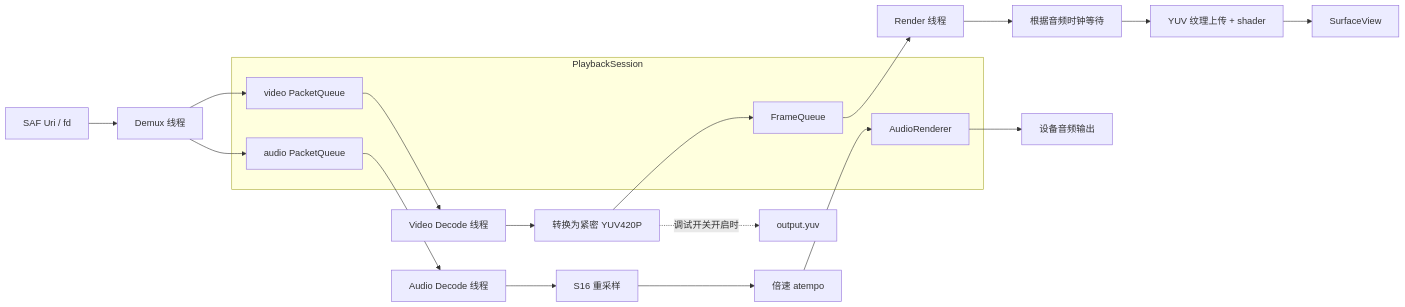
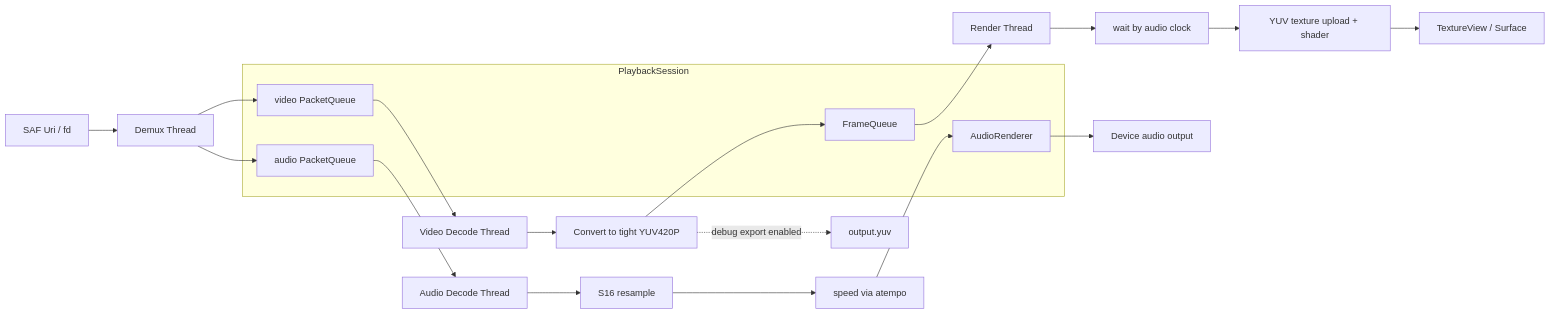
Before and after one commit to Skyline7190/VideoDecoder: the second of 6 diagrams in README.md, drawn with Mermaid. The commit also changed other lines of this file and 21 other files, not shown here.

````diff
--- a/README.md
+++ b/README.md
@@ -185,31 +208,31 @@
 ```mermaid
 flowchart LR
-    Input["SAF Uri / fd"] --> DemuxThread["Demux 线程"]
+    Input["SAF Uri / fd"] --> DemuxThread["Demux Thread"]
 
     subgraph Session["PlaybackSession"]
         VideoPackets["video PacketQueue"]
         AudioPackets["audio PacketQueue"]
         Frames["FrameQueue"]
         AudioOut["AudioRenderer"]
     end
 
     DemuxThread --> VideoPackets
     DemuxThread --> AudioPackets
 
-    VideoPackets --> VideoThread["Video Decode 线程"]
-    VideoThread --> Convert["转换为紧密 YUV420P"]
+    VideoPackets --> VideoThread["Video Decode Thread"]
+    VideoThread --> Convert["Convert to tight YUV420P"]
     Convert --> Frames
-    Convert -. "调试开关开启时" .-> YuvFile["output.yuv"]
+    Convert -. "debug export enabled" .-> YuvFile["output.yuv"]
 
-    AudioPackets --> AudioThread["Audio Decode 线程"]
-    AudioThread --> Resample["S16 重采样"]
-    Resample --> Tempo["倍速 atempo"]
+    AudioPackets --> AudioThread["Audio Decode Thread"]
+    AudioThread --> Resample["S16 resample"]
+    Resample --> Tempo["speed via atempo"]
     Tempo --> AudioOut
 
-    Frames --> RenderThread["Render 线程"]
-    RenderThread --> Sync["根据音频时钟等待"]
-    Sync --> GLES["YUV 纹理上传 + shader"]
-    GLES --> Surface["SurfaceView"]
+    Frames --> RenderThread["Render Thread"]
+    RenderThread --> Sync["wait by audio clock"]
+    Sync --> GLES["YUV texture upload + shader"]
+    GLES --> Surface["TextureView / Surface"]
 
-    AudioOut --> Speaker["设备音频输出"]
+    AudioOut --> Speaker["Device audio output"]
 ```
````
